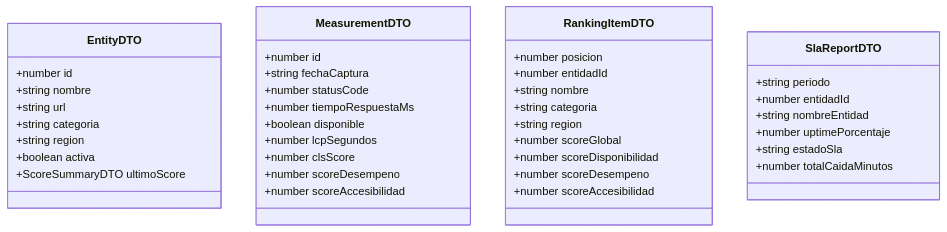
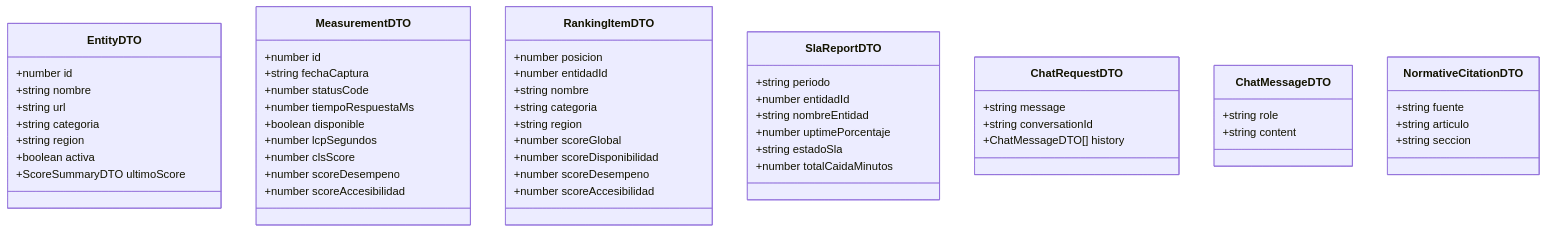
Before and after one commit to yhuayhuahi/Observatorio_Digital: the diagram in docs/SDD/03-backend-api-reportes.spec.md, drawn with Mermaid. The commit also changed other lines of this file and 84 other files, not shown here.

````diff
--- a/docs/SDD/03-backend-api-reportes.spec.md
+++ b/docs/SDD/03-backend-api-reportes.spec.md
@@ -37,45 +39,62 @@
 ```mermaid
 classDiagram
     class EntityDTO {
         +number id
         +string nombre
         +string url
         +string categoria
         +string region
         +boolean activa
         +ScoreSummaryDTO ultimoScore
     }
 
     class MeasurementDTO {
         +number id
         +string fechaCaptura
         +number statusCode
         +number tiempoRespuestaMs
         +boolean disponible
         +number lcpSegundos
         +number clsScore
         +number scoreDesempeno
         +number scoreAccesibilidad
     }
 
     class RankingItemDTO {
         +number posicion
         +number entidadId
         +string nombre
         +string categoria
         +string region
         +number scoreGlobal
         +number scoreDisponibilidad
         +number scoreDesempeno
         +number scoreAccesibilidad
     }
 
     class SlaReportDTO {
         +string periodo
         +number entidadId
         +string nombreEntidad
         +number uptimePorcentaje
         +string estadoSla
         +number totalCaidaMinutos
     }
+
+    class ChatRequestDTO {
+        +string message
+        +string conversationId
+        +ChatMessageDTO[] history
+    }
+
+    class ChatMessageDTO {
+        +string role
+        +string content
+    }
+
+    class NormativeCitationDTO {
+        +string fuente
+        +string articulo
+        +string seccion
+    }
 ```
````
